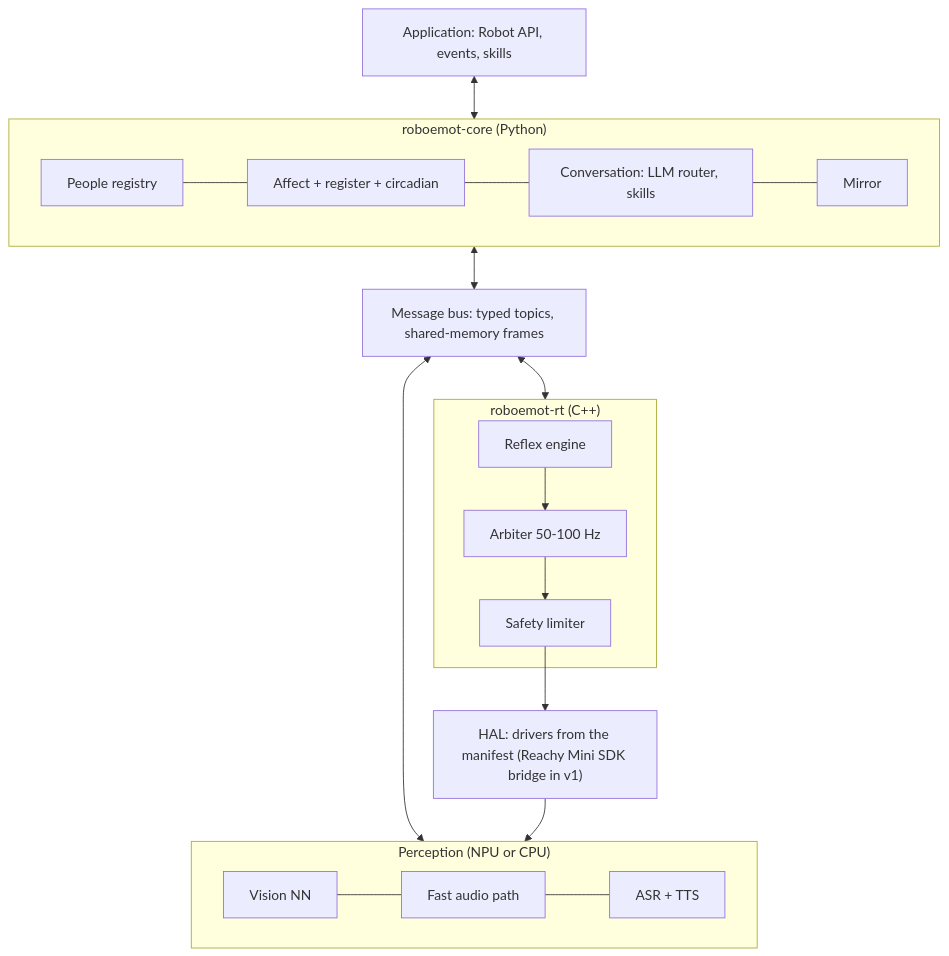
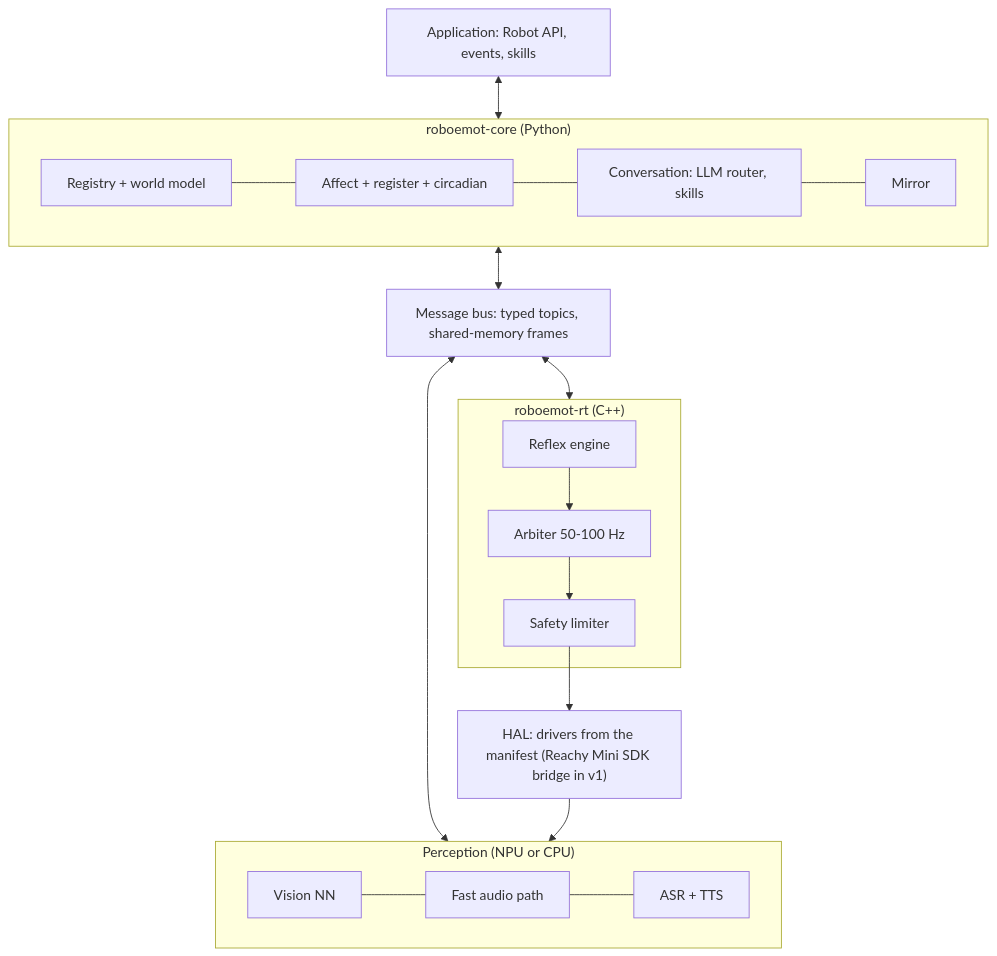
The diagram in docs/specs/kickoff.md (sondalab-ai/roboemot), drawn with Mermaid before and after one commit. The commit also changed other lines of this file and 18 other files, not shown here.

````diff
--- a/docs/specs/kickoff.md
+++ b/docs/specs/kickoff.md
@@ -69,20 +69,20 @@
 ```mermaid
 flowchart TB
   app["Application: Robot API, events, skills"]
   subgraph core["roboemot-core (Python)"]
-    reg[People registry] --- aff[Affect + register + circadian] --- conv[Conversation: LLM router, skills] --- mir[Mirror]
+    reg[Registry + world model] --- aff[Affect + register + circadian] --- conv[Conversation: LLM router, skills] --- mir[Mirror]
   end
   bus["Message bus: typed topics, shared-memory frames"]
   subgraph perc["Perception (NPU or CPU)"]
     vis[Vision NN] --- fa[Fast audio path] --- asr[ASR + TTS]
   end
   subgraph rt["roboemot-rt (C++)"]
     rfx[Reflex engine] --> arb[Arbiter 50-100 Hz] --> lim[Safety limiter]
   end
   hal["HAL: drivers from the manifest (Reachy Mini SDK bridge in v1)"]
   app <--> core <--> bus
   bus <--> perc
   bus <--> rt
   hal --> perc
   lim --> hal
 ```
````
